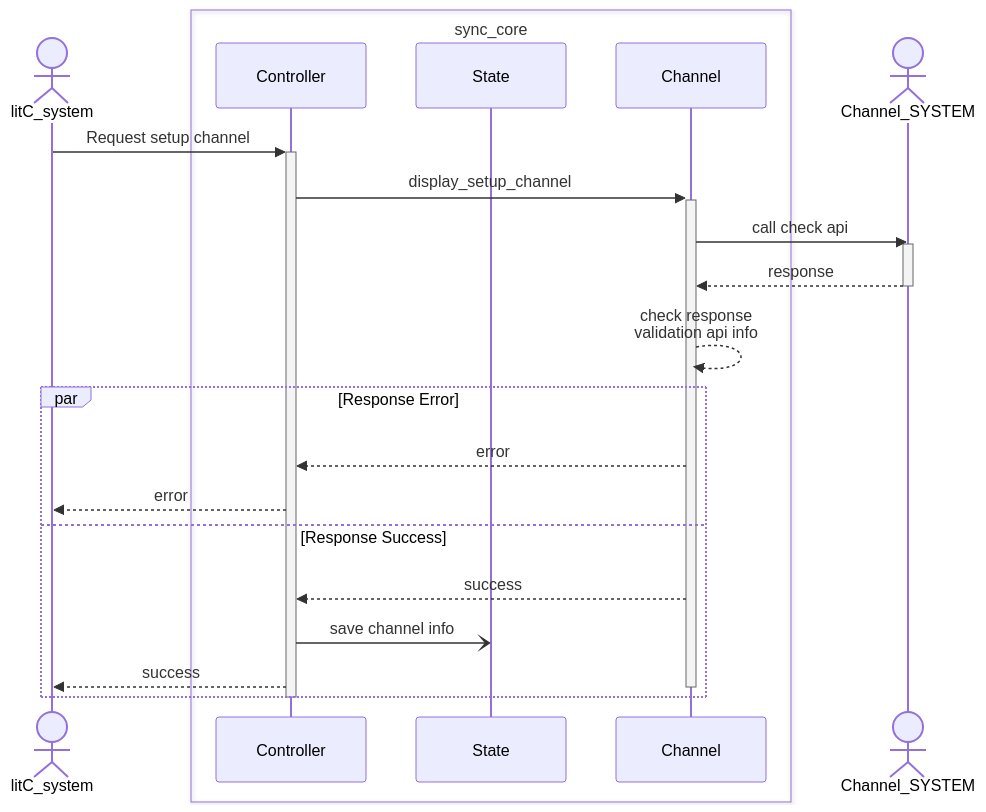
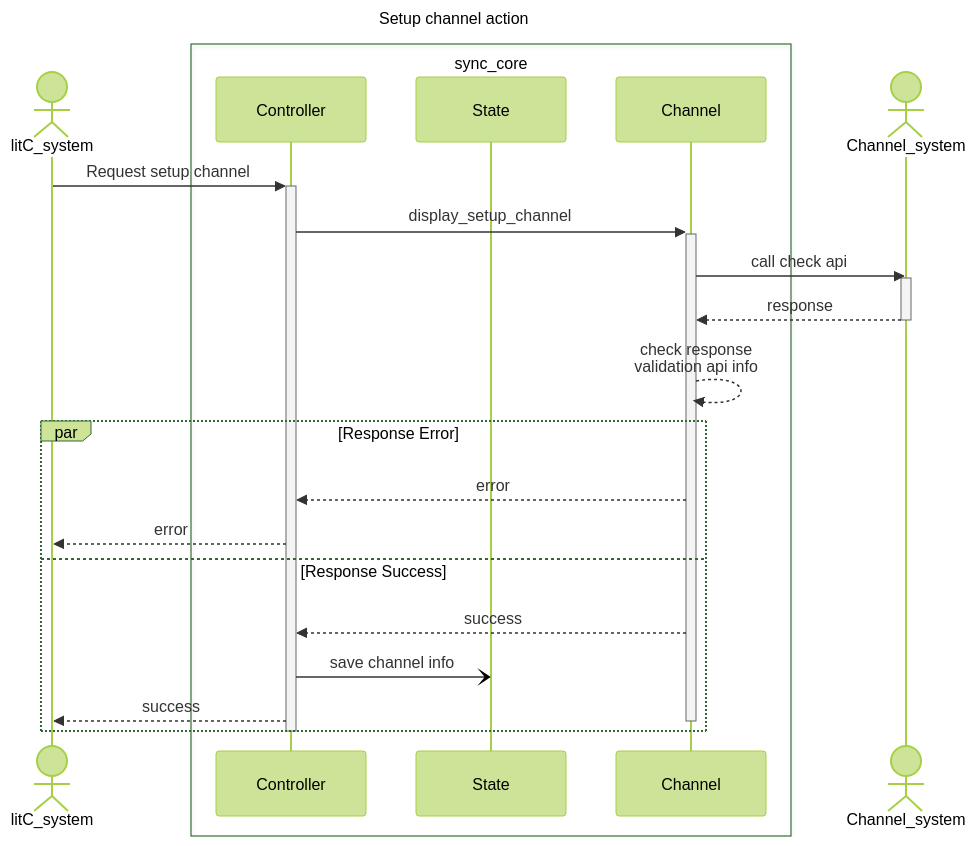
Before and after one commit to WuzenLiz/markdown: the fourth of 9 diagrams in pseudoAllFunction.md, drawn with Mermaid. The commit also changed other lines of this file, not shown here.

Commit message:
update graph pull

````diff
--- a/pseudoAllFunction.md
+++ b/pseudoAllFunction.md
@@ -38,27 +58,33 @@
 ```mermaid
+---
+title: Setup channel action
+config: 
+    theme: forest
+    curve: basis
+---
 sequenceDiagram
     Actor A as litC_system
     box sync_core
         participant B as Controller
         participant D as State
         participant C as Channel
     end
-    ACTOR E as Channel_SYSTEM
+    ACTOR E as Channel_system
     A->>+B:Request setup channel
     B->>+C:display_setup_channel
     C->>E:call check api
     activate E
     E-->>C:response
     deactivate E
     C-->>C:check response<br>validation api info
     par Response Error
         C-->>B:error
         B-->>A:error
     and Response Success
         C-->>B:success
         B-)D:save channel info
         B-->>A:success
         deactivate C
     end
     deactivate B
 ```
````
